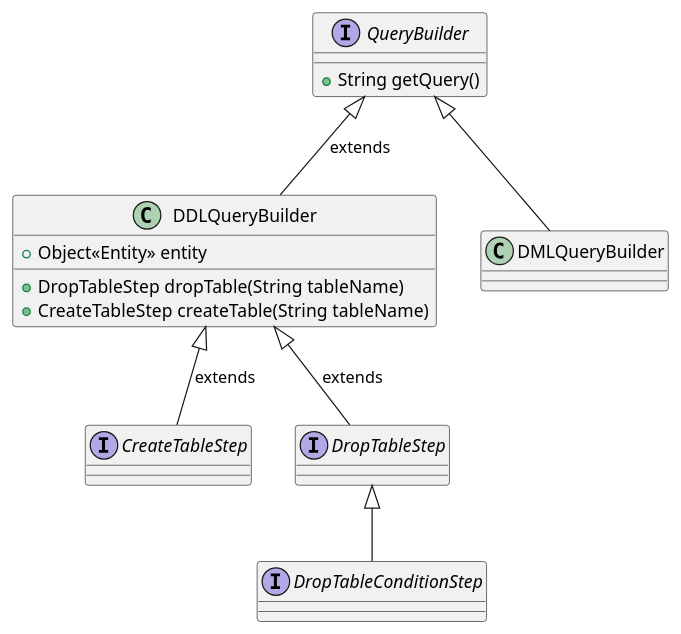
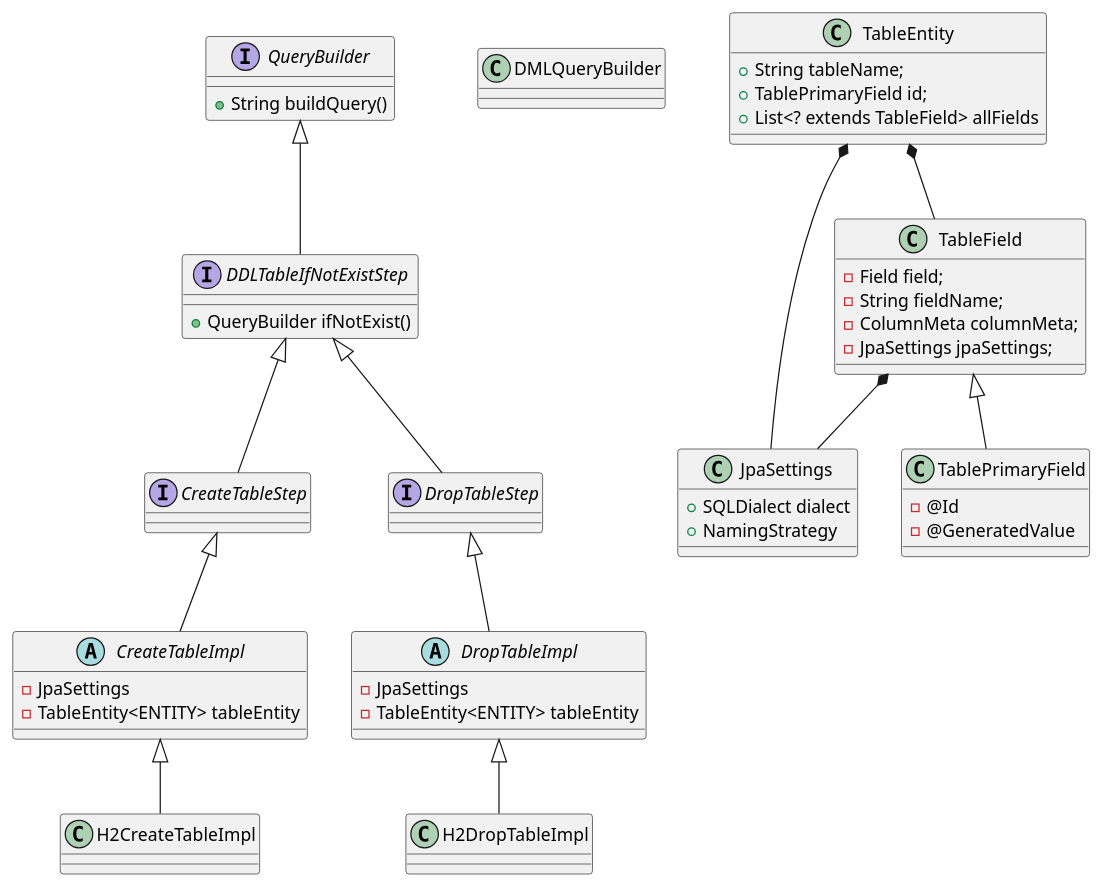
One commit to next-step/jpa-query-builder changed the diagram in docs/uml/class-diagram.puml. Above: the diagram before and after it, drawn with PlantUML. The commit also changed 1 other file, not shown here.

```diff
--- a/docs/uml/class-diagram.puml
+++ b/docs/uml/class-diagram.puml
@@ -1,39 +1,69 @@
 @startuml
 interface QueryBuilder {
-    + String getQuery()
+    + String buildQuery()
 }
 
-class DDLQueryBuilder {
-    + Object<<Entity>> entity
-    + DropTableStep dropTable(String tableName)
-    + CreateTableStep createTable(String tableName)
+interface DDLTableIfNotExistStep extends QueryBuilder{
+    + QueryBuilder ifNotExist()
 }
 
 
 class DMLQueryBuilder {
 
 }
 
-interface CreateTableStep {
+interface CreateTableStep extends DDLTableIfNotExistStep {
 
 }
 
-interface DropTableStep {
+interface DropTableStep extends DDLTableIfNotExistStep {
 
 }
 
-interface DropTableConditionStep {
+abstract class CreateTableImpl extends CreateTableStep{
+    - JpaSettings
+    - TableEntity<ENTITY> tableEntity
+}
+
+class H2CreateTableImpl extends CreateTableImpl {
 
 }
 
+abstract class DropTableImpl extends DropTableStep {
+    - JpaSettings
+    - TableEntity<ENTITY> tableEntity
+}
 
-QueryBuilder <|-- DDLQueryBuilder : extends
-DDLQueryBuilder <|-- DropTableStep : extends
-DDLQueryBuilder <|-- CreateTableStep : extends
+class H2DropTableImpl extends DropTableImpl {
 
-DropTableStep <|-- DropTableConditionStep
+}
 
+class JpaSettings {
+    + SQLDialect dialect
+    + NamingStrategy
+}
 
-QueryBuilder <|-- DMLQueryBuilder
+TableEntity *--	TableField
+TableEntity *--	JpaSettings
+
+TableField *-- JpaSettings
+
+class TableEntity {
+    + String tableName;
+    + TablePrimaryField id;
+    + List<? extends TableField> allFields
+}
+
+class TableField {
+    - Field field;
+    - String fieldName;
+    - ColumnMeta columnMeta;
+    - JpaSettings jpaSettings;
+}
+
+class TablePrimaryField extends TableField {
+    - @Id
+    - @GeneratedValue
+}
 
 @enduml
```
